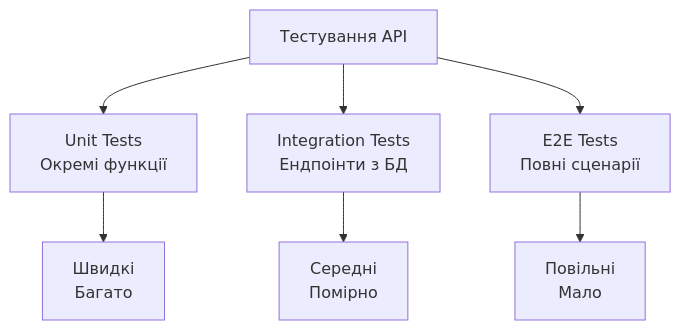
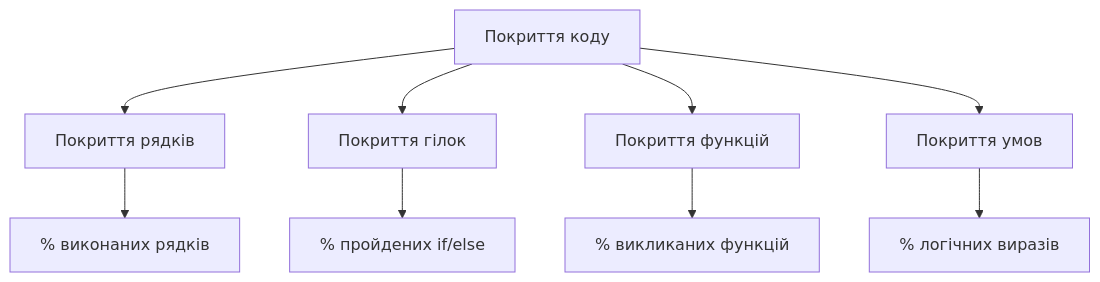
The sixth of 8 diagrams in docs/presentations/presentation-12.md (olroi421/course-opi), drawn with Mermaid before and after one commit. The commit also changed other lines of this file and 8 other files, not shown here.

````diff
--- a/docs/presentations/presentation-12.md
+++ b/docs/presentations/presentation-12.md
@@ -492,10 +343,12 @@
 ```mermaid
 graph TB
-    A[Тестування API] --> B[Unit Tests<br/>Окремі функції]
-    A --> C[Integration Tests<br/>Ендпоінти з БД]
-    A --> D[E2E Tests<br/>Повні сценарії]
+    A[Покриття коду] --> B[Покриття рядків]
+    A --> C[Покриття гілок]
+    A --> D[Покриття функцій]
+    A --> E[Покриття умов]
 
-    B --> E[Швидкі<br/>Багато]
-    C --> F[Середні<br/>Помірно]
-    D --> G[Повільні<br/>Мало]
+    B --> F[% виконаних рядків]
+    C --> G[% пройдених if/else]
+    D --> H[% викликаних функцій]
+    E --> I[% логічних виразів]
 ```
````
